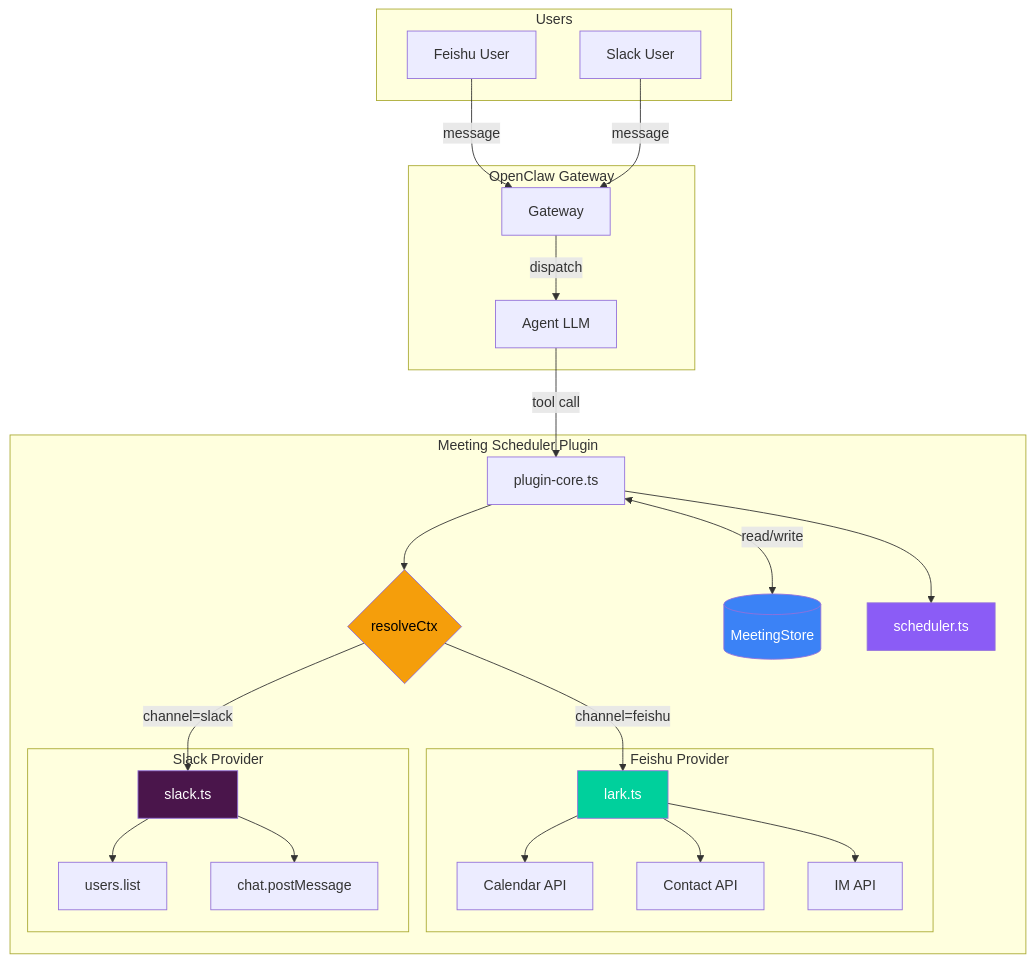
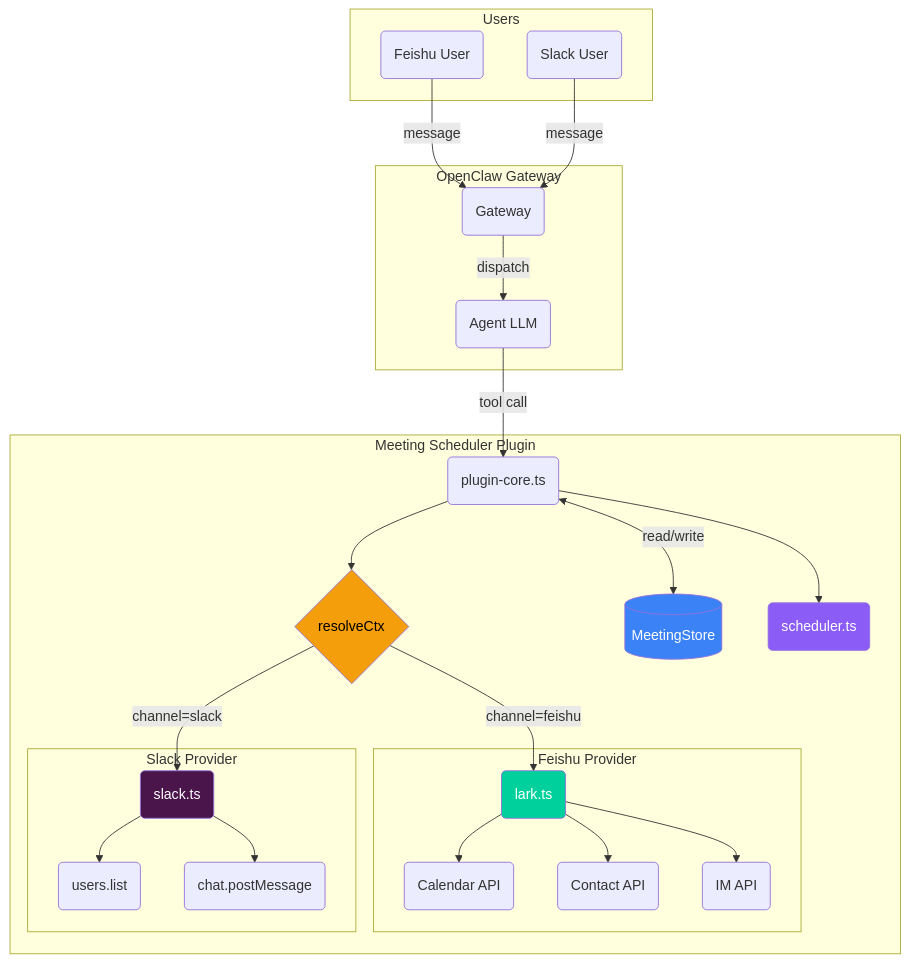
The first of 6 diagrams in README.md (javana3/claw_meeting_all), drawn with Mermaid before and after one commit. The commit also changed other lines of this file and 1 other file, not shown here.

First line of the commit message:
docs: split README into EN/CN with rounded Mermaid diagrams

````diff
--- a/README.md
+++ b/README.md
@@ -40,54 +38,54 @@
 ```mermaid
 graph TB
     subgraph Users
-        U1[Feishu User]
-        U2[Slack User]
+        U1(Feishu User)
+        U2(Slack User)
     end
 
     subgraph OpenClaw Gateway
-        GW[Gateway]
-        AG[Agent LLM]
+        GW(Gateway)
+        AG(Agent LLM)
     end
 
     subgraph Meeting Scheduler Plugin
-        PC[plugin-core.ts]
+        PC(plugin-core.ts)
         RC{resolveCtx}
         MS[(MeetingStore)]
 
         subgraph Feishu Provider
-            LP[lark.ts]
-            LCAL[Calendar API]
-            LDIR[Contact API]
-            LDM[IM API]
+            LP(lark.ts)
+            LCAL(Calendar API)
+            LDIR(Contact API)
+            LDM(IM API)
         end
 
         subgraph Slack Provider
-            SP[slack.ts]
-            SDIR[users.list]
-            SDM[chat.postMessage]
+            SP(slack.ts)
+            SDIR(users.list)
+            SDM(chat.postMessage)
         end
 
-        SCH[scheduler.ts]
+        SCH(scheduler.ts)
     end
 
     U1 -->|message| GW
     U2 -->|message| GW
     GW -->|dispatch| AG
     AG -->|tool call| PC
     PC --> RC
     RC -->|channel=feishu| LP
     RC -->|channel=slack| SP
     LP --> LCAL
     LP --> LDIR
     LP --> LDM
     SP --> SDIR
     SP --> SDM
     PC --> SCH
     PC <-->|read/write| MS
 
     style RC fill:#f59e0b,color:#000
     style MS fill:#3b82f6,color:#fff
     style LP fill:#00D09C,color:#fff
     style SP fill:#4A154B,color:#fff
     style SCH fill:#8b5cf6,color:#fff
 ```
````
